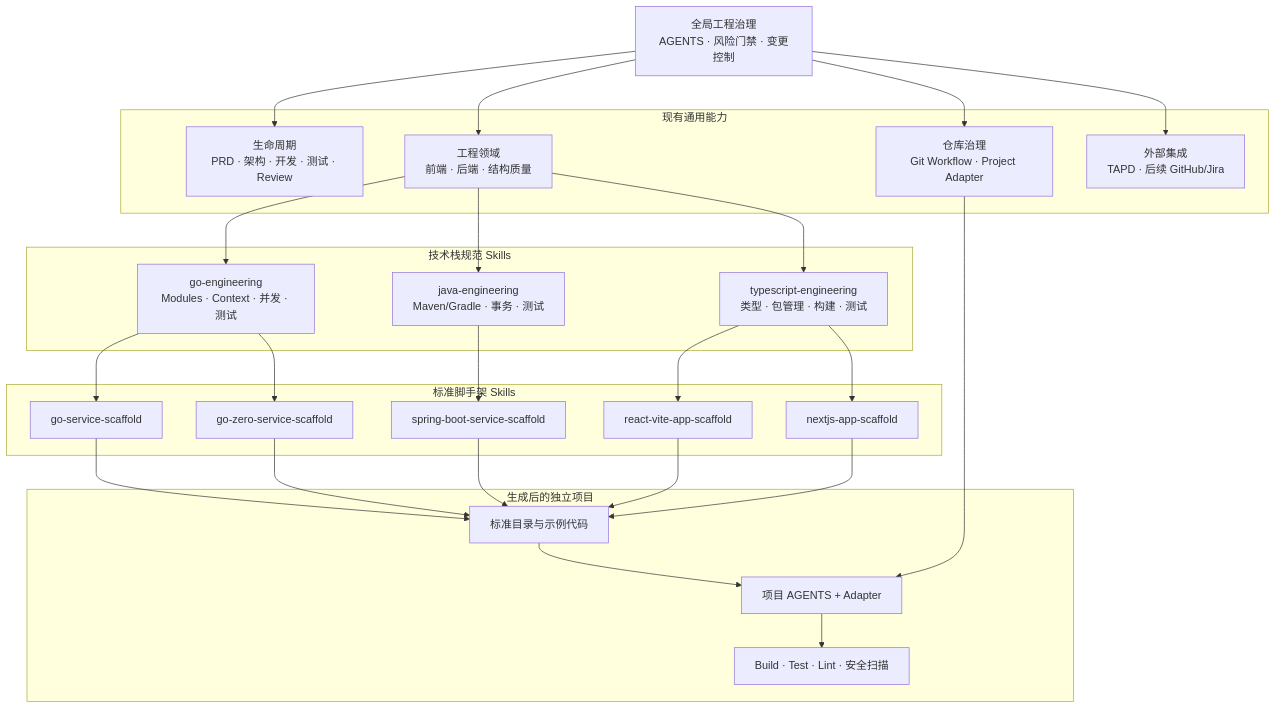
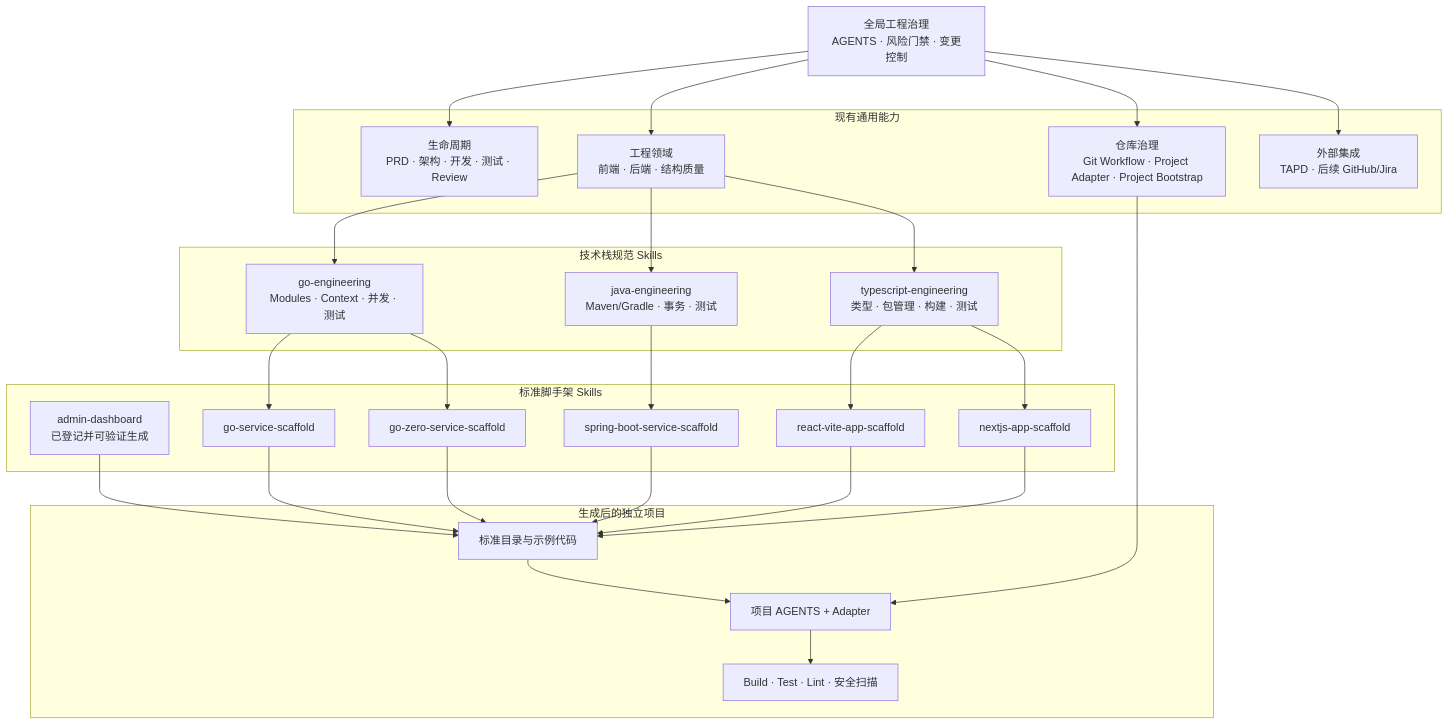
The first of 2 diagrams in ROADMAP.md (AndyXuuu/agentic-dev-workflow), drawn with Mermaid before and after one commit. The commit also changed other lines of this file and 31 other files, not shown here.

````diff
--- a/ROADMAP.md
+++ b/ROADMAP.md
@@ -7,56 +11,59 @@
 ```mermaid
 flowchart TB
     G["全局工程治理<br/>AGENTS · 风险门禁 · 变更控制"]
 
     subgraph Existing["现有通用能力"]
         L["生命周期<br/>PRD · 架构 · 开发 · 测试 · Review"]
         D["工程领域<br/>前端 · 后端 · 结构质量"]
-        R["仓库治理<br/>Git Workflow · Project Adapter"]
+        R["仓库治理<br/>Git Workflow · Project Adapter · Project Bootstrap"]
         I["外部集成<br/>TAPD · 后续 GitHub/Jira"]
     end
 
     subgraph Stacks["技术栈规范 Skills"]
         GO["go-engineering<br/>Modules · Context · 并发 · 测试"]
         JAVA["java-engineering<br/>Maven/Gradle · 事务 · 测试"]
         TS["typescript-engineering<br/>类型 · 包管理 · 构建 · 测试"]
     end
 
     subgraph Scaffolds["标准脚手架 Skills"]
+        ADS["admin-dashboard<br/>已登记并可验证生成"]
         GOS["go-service-scaffold"]
         GZS["go-zero-service-scaffold"]
         SBS["spring-boot-service-scaffold"]
         RVA["react-vite-app-scaffold"]
         NJS["nextjs-app-scaffold"]
     end
 
     subgraph Project["生成后的独立项目"]
         PA["项目 AGENTS + Adapter"]
         CODE["标准目录与示例代码"]
         QA["Build · Test · Lint · 安全扫描"]
     end
 
     G --> L
     G --> D
     G --> R
     G --> I
 
     D --> GO
     D --> JAVA
     D --> TS
 
     GO --> GOS
     GO --> GZS
     JAVA --> SBS
     TS --> RVA
     TS --> NJS
 
+    ADS --> CODE
+
     GOS --> CODE
     GZS --> CODE
     SBS --> CODE
     RVA --> CODE
     NJS --> CODE
 
     CODE --> PA
     R --> PA
     PA --> QA
 ```
````
